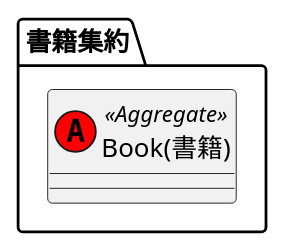
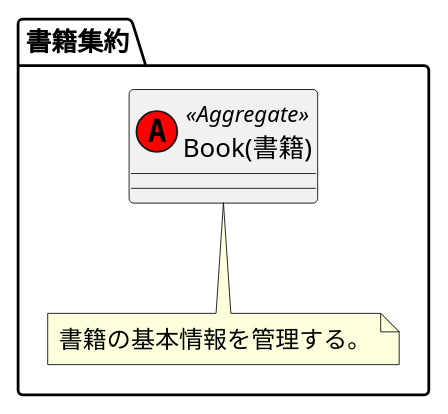
The diagram in CatalogService/Domain/models/Book/Book.pu (y-takagiiii/ddd-bookstore-catalog), drawn with PlantUML before and after one commit.

Commit message:
書籍集約にビジネスロジックを追加

```diff
--- a/CatalogService/Domain/models/Book/Book.pu
+++ b/CatalogService/Domain/models/Book/Book.pu
@@ -1,4 +1,9 @@
 package "書籍集約" {
   '1. 集約とポリシーの表現
   class "Book(書籍)" as Book << (A, red) Aggregate >> {}
+
+  '2 ビジネスルールの具体化
+  note bottom of Book
+    書籍の基本情報を管理する。
+  end note
 }
```
